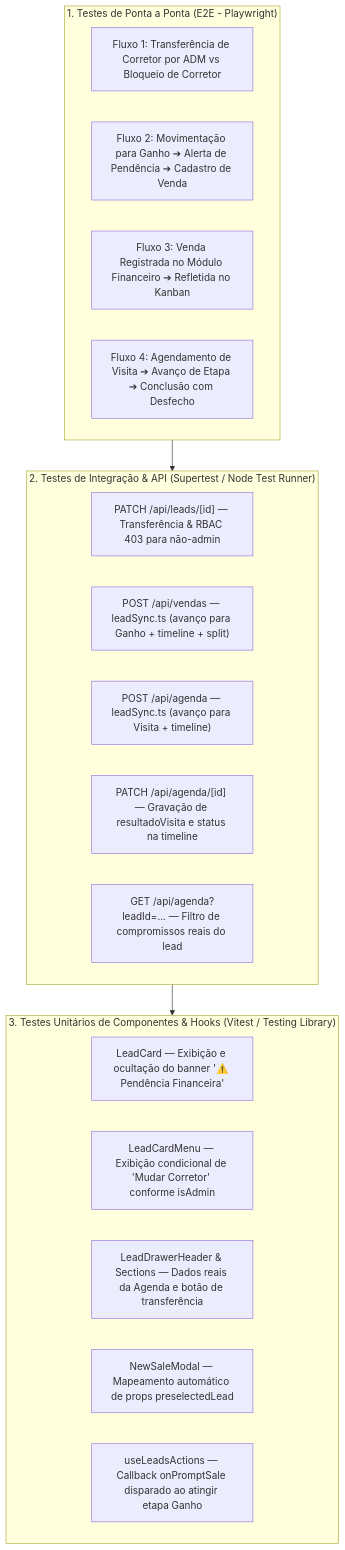
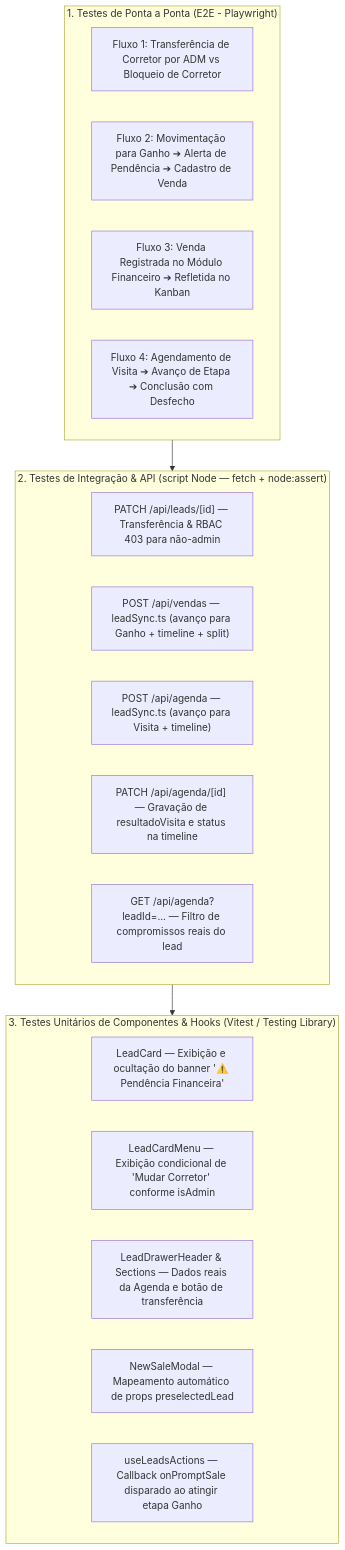
The diagram in PLANO_TESTES_NOVAS_MELHORIAS.md (brenocmlo/Connect-Platz), drawn with Mermaid before and after one commit. The commit also changed other lines of this file and 11 other files, not shown here.

First line of the commit message:
test: completar plano de testes das novas melhorias

````diff
--- a/PLANO_TESTES_NOVAS_MELHORIAS.md
+++ b/PLANO_TESTES_NOVAS_MELHORIAS.md
@@ -14,28 +14,28 @@
 ```mermaid
 flowchart TD
     subgraph E2E["1. Testes de Ponta a Ponta (E2E - Playwright)"]
         E1["Fluxo 1: Transferência de Corretor por ADM vs Bloqueio de Corretor"]
         E2["Fluxo 2: Movimentação para Ganho ➔ Alerta de Pendência ➔ Cadastro de Venda"]
         E3["Fluxo 3: Venda Registrada no Módulo Financeiro ➔ Refletida no Kanban"]
         E4["Fluxo 4: Agendamento de Visita ➔ Avanço de Etapa ➔ Conclusão com Desfecho"]
     end
 
-    subgraph Integracao["2. Testes de Integração & API (Supertest / Node Test Runner)"]
+    subgraph Integracao["2. Testes de Integração & API (script Node — fetch + node:assert)"]
         I1["PATCH /api/leads/[id] — Transferência & RBAC 403 para não-admin"]
         I2["POST /api/vendas — leadSync.ts (avanço para Ganho + timeline + split)"]
         I3["POST /api/agenda — leadSync.ts (avanço para Visita + timeline)"]
         I4["PATCH /api/agenda/[id] — Gravação de resultadoVisita e status na timeline"]
         I5["GET /api/agenda?leadId=... — Filtro de compromissos reais do lead"]
     end
 
     subgraph Unitario["3. Testes Unitários de Componentes & Hooks (Vitest / Testing Library)"]
         U1["LeadCard — Exibição e ocultação do banner '⚠️ Pendência Financeira'"]
         U2["LeadCardMenu — Exibição condicional de 'Mudar Corretor' conforme isAdmin"]
         U3["LeadDrawerHeader & Sections — Dados reais da Agenda e botão de transferência"]
         U4["NewSaleModal — Mapeamento automático de props preselectedLead"]
         U5["useLeadsActions — Callback onPromptSale disparado ao atingir etapa Ganho"]
     end
 
     E2E --> Integracao
     Integracao --> Unitario
 ```
````
